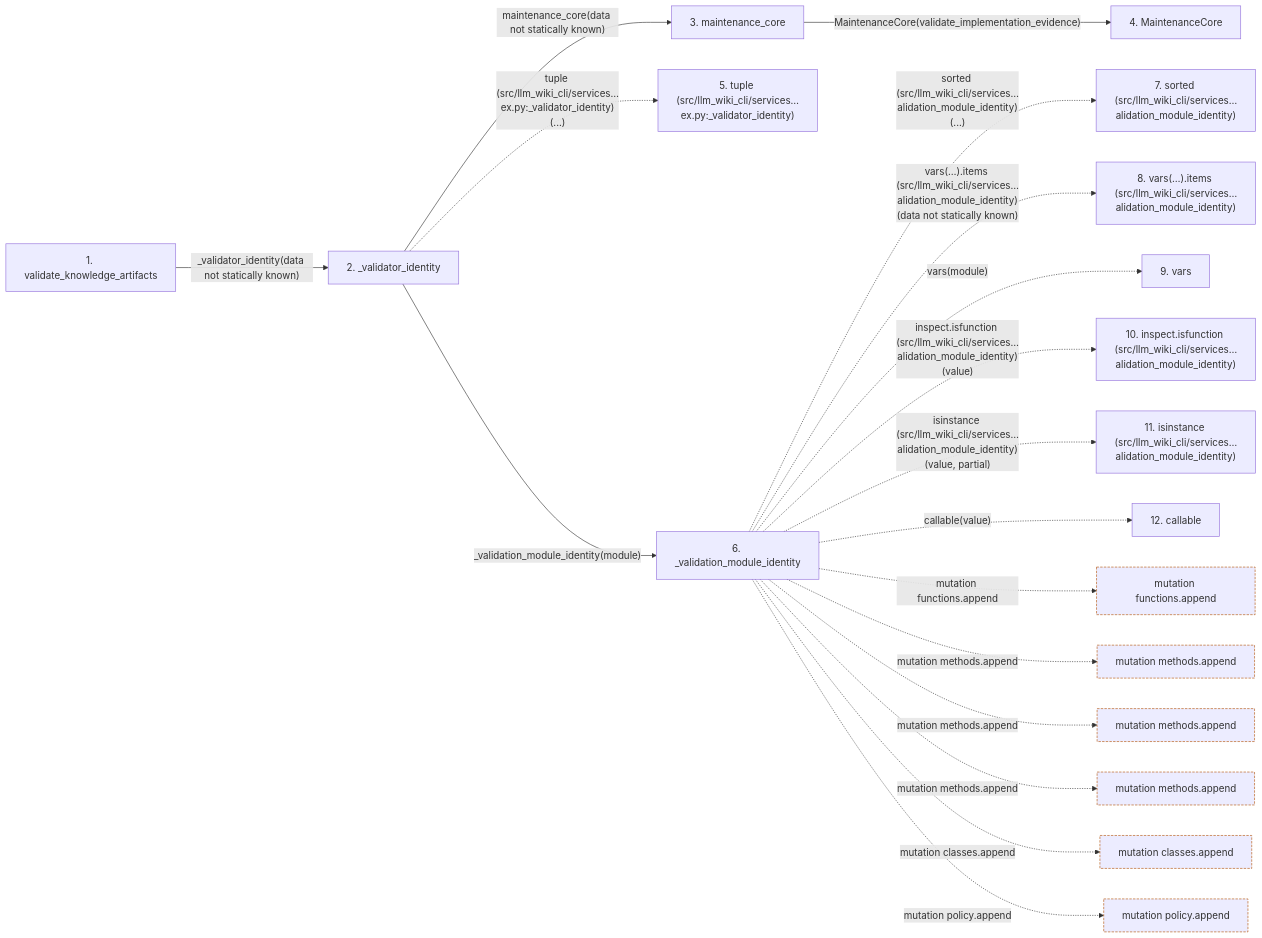
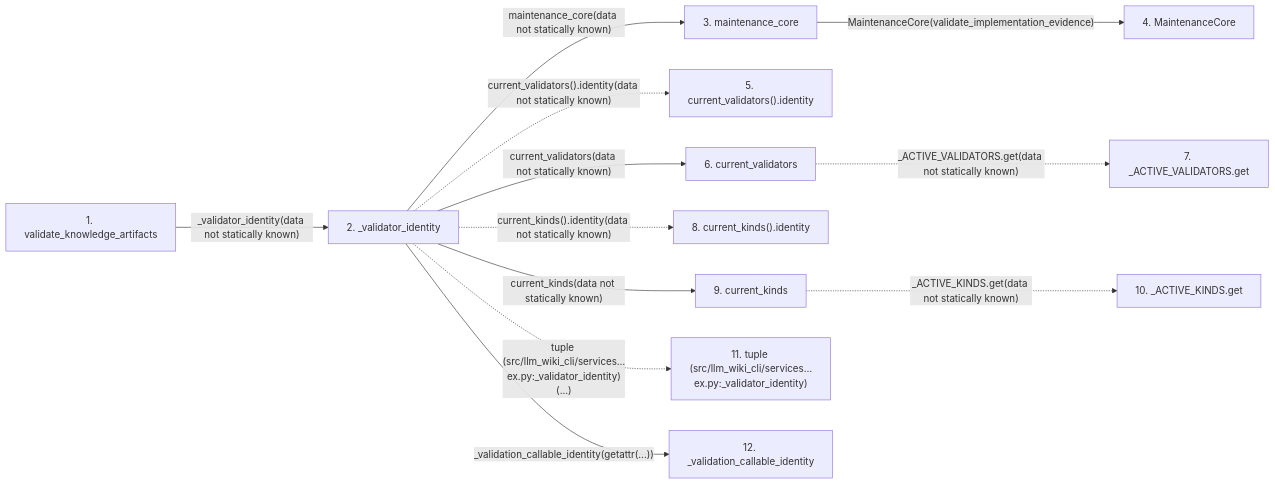
One commit to Denissvgn/python-wiki-llm changed the second of 2 diagrams in docs/llm_wiki/flows/api-validate_knowledge_artifacts.md. Above: the diagram before and after it, drawn with Mermaid. The commit also changed other lines of this file and 1555 other files, not shown here.

````diff
--- a/docs/llm_wiki/flows/api-validate_knowledge_artifacts.md
+++ b/docs/llm_wiki/flows/api-validate_knowledge_artifacts.md
@@ -163,50 +166,33 @@
 ```mermaid
 flowchart LR
     s1["1. validate_knowledge_artifacts"]
     s2["2. _validator_identity"]
     s3["3. maintenance_core"]
     s4["4. MaintenanceCore"]
-    s5["5. tuple (src/llm_wiki_cli/services…ex.py:_validator_identity)"]
-    s6["6. _validation_module_identity"]
-    s7["7. sorted (src/llm_wiki_cli/services…alidation_module_identity)"]
-    s8["8. vars(…).items (src/llm_wiki_cli/services…alidation_module_identity)"]
-    s9["9. vars"]
-    s10["10. inspect.isfunction (src/llm_wiki_cli/services…alidation_module_identity)"]
-    s11["11. isinstance (src/llm_wiki_cli/services…alidation_module_identity)"]
-    s12["12. callable"]
+    s5["5. current_validators().identity"]
+    s6["6. current_validators"]
+    s7["7. _ACTIVE_VALIDATORS.get"]
+    s8["8. current_kinds().identity"]
+    s9["9. current_kinds"]
+    s10["10. _ACTIVE_KINDS.get"]
+    s11["11. tuple (src/llm_wiki_cli/services…ex.py:_validator_identity)"]
+    s12["12. _validation_callable_identity"]
     s1 -->|"_validator_identity(data not statically known)"| s2
     s2 -->|"maintenance_core(data not statically known)"| s3
     s3 -->|"MaintenanceCore(validate_implementation_evidence)"| s4
-    s2 -. "tuple (src/llm_wiki_cli/services…ex.py:_validator_identity)(...)" .-> s5
-    s2 -->|"_validation_module_identity(module)"| s6
-    s6 -. "sorted (src/llm_wiki_cli/services…alidation_module_identity)(...)" .-> s7
-    s6 -. "vars(…).items (src/llm_wiki_cli/services…alidation_module_identity)(data not statically known)" .-> s8
-    s6 -. "vars(module)" .-> s9
-    s6 -. "inspect.isfunction (src/llm_wiki_cli/services…alidation_module_identity)(value)" .-> s10
-    s6 -. "isinstance (src/llm_wiki_cli/services…alidation_module_identity)(value, partial)" .-> s11
-    s6 -. "callable(value)" .-> s12
-    b0["mutation functions.append"]
-    s6 -. "mutation functions.append" .-> b0
-    b1["mutation methods.append"]
-    s6 -. "mutation methods.append" .-> b1
-    b2["mutation methods.append"]
-    s6 -. "mutation methods.append" .-> b2
-    b3["mutation methods.append"]
-    s6 -. "mutation methods.append" .-> b3
-    b4["mutation classes.append"]
-    s6 -. "mutation classes.append" .-> b4
-    b5["mutation policy.append"]
-    s6 -. "mutation policy.append" .-> b5
+    s2 -. "current_validators().identity(data not statically known)" .-> s5
+    s2 -->|"current_validators(data not statically known)"| s6
+    s6 -. "_ACTIVE_VALIDATORS.get(data not statically known)" .-> s7
+    s2 -. "current_kinds().identity(data not statically known)" .-> s8
+    s2 -->|"current_kinds(data not statically known)"| s9
+    s9 -. "_ACTIVE_KINDS.get(data not statically known)" .-> s10
+    s2 -. "tuple (src/llm_wiki_cli/services…ex.py:_validator_identity)(...)" .-> s11
+    s2 -->|"_validation_callable_identity(getattr(...))"| s12
     click s1 "../modules/knowledge_artifacts.md"
     click s2 "../modules/knowledge_index.md"
     click s3 "../modules/maintenance_state.md"
     click s4 "../modules/maintenance_state.md"
-    click s6 "../modules/knowledge_index.md"
-    classDef boundary stroke:#b45309,stroke-dasharray: 4 2
-    class b0 boundary
-    class b1 boundary
-    class b2 boundary
-    class b3 boundary
-    class b4 boundary
-    class b5 boundary
+    click s6 "../modules/knowledge_validators.md"
+    click s9 "../modules/knowledge_kinds.md"
+    click s12 "../modules/knowledge_index.md"
 ```
````
